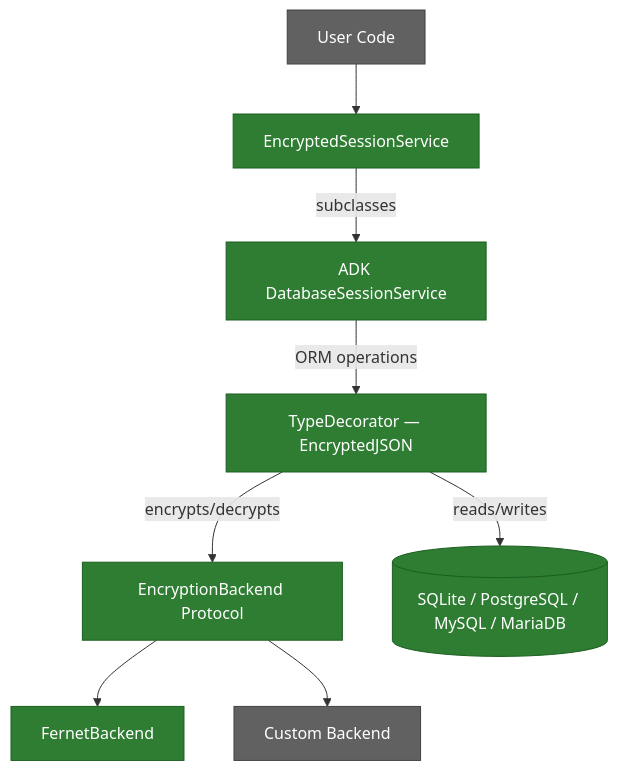
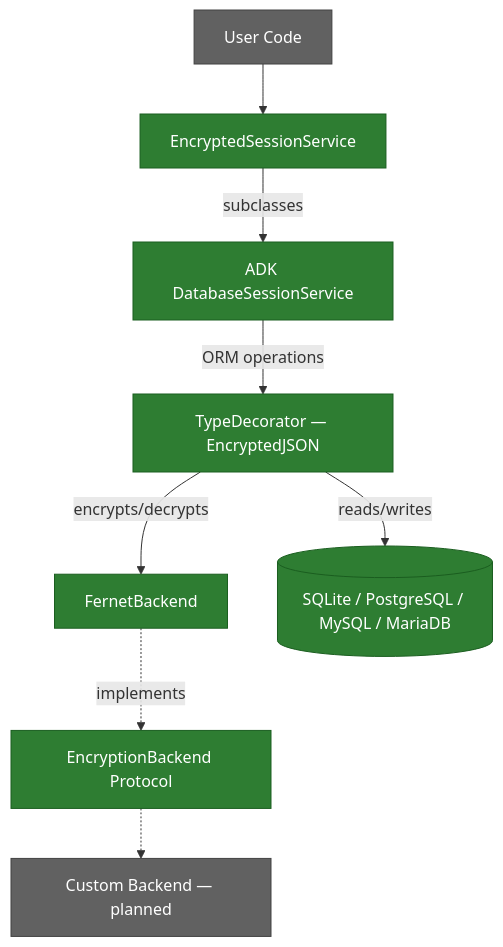
One commit to Alberto-Codes/adk-secure-sessions changed the first of 3 diagrams in docs/ARCHITECTURE.md. Above: the diagram before and after it, drawn with Mermaid. The commit also changed other lines of this file and 4 other files, not shown here.

First line of the commit message:
docs: clarify FernetBackend-only limitation and add driver install notes

````diff
--- a/docs/ARCHITECTURE.md
+++ b/docs/ARCHITECTURE.md
@@ -11,19 +11,19 @@
 ```mermaid
 graph TD
     UC[User Code] --> ESS[EncryptedSessionService]
     ESS -->|subclasses| DSS[ADK DatabaseSessionService]
     DSS -->|ORM operations| TD[TypeDecorator — EncryptedJSON]
-    TD -->|encrypts/decrypts| EB[EncryptionBackend Protocol]
-    EB --> FB[FernetBackend]
-    EB --> CB[Custom Backend]
+    TD -->|encrypts/decrypts| FB[FernetBackend]
+    FB -.->|implements| EB[EncryptionBackend Protocol]
+    EB -.-> CB[Custom Backend — planned]
     TD -->|reads/writes| DB[(SQLite / PostgreSQL / MySQL / MariaDB)]
 
     style EB fill:#2e7d32,stroke:#1b5e20,color:#fff
     style UC fill:#616161,stroke:#424242,color:#fff
     style ESS fill:#2e7d32,stroke:#1b5e20,color:#fff
     style DSS fill:#2e7d32,stroke:#1b5e20,color:#fff
     style TD fill:#2e7d32,stroke:#1b5e20,color:#fff
     style FB fill:#2e7d32,stroke:#1b5e20,color:#fff
     style CB fill:#616161,stroke:#424242,color:#fff
     style DB fill:#2e7d32,stroke:#1b5e20,color:#fff
 ```
````
